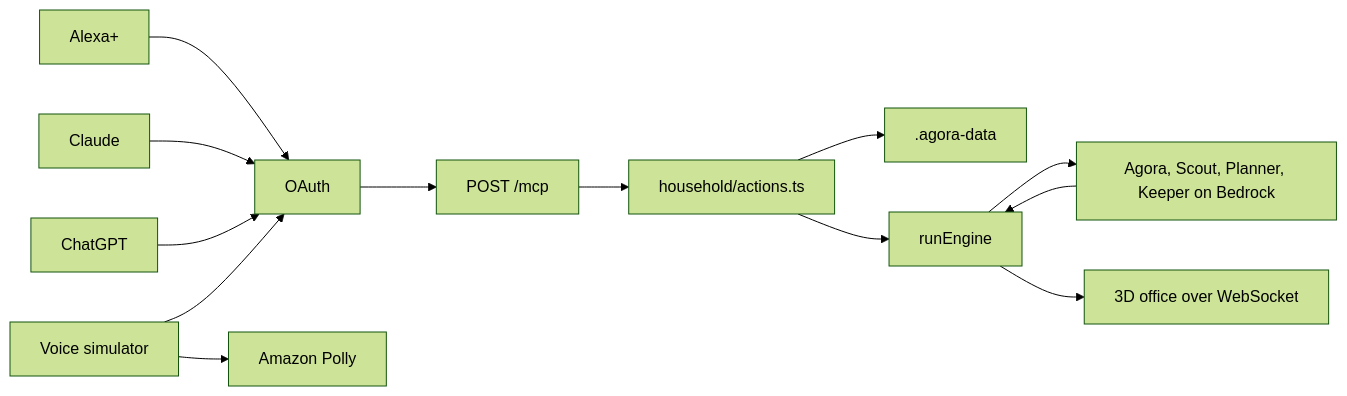
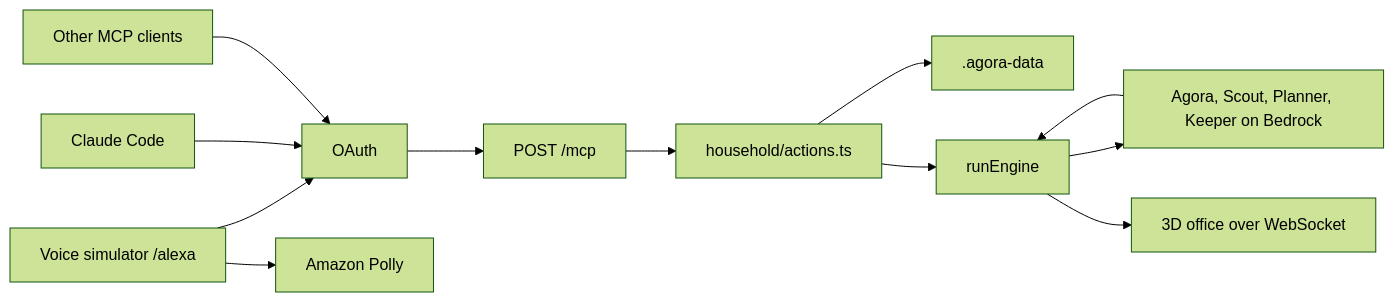
One commit to Ritesh-Root/agora-plus changed the diagram in docs/ARCHITECTURE.md. Above: the diagram before and after it, drawn with Mermaid (forest theme). The commit also changed other lines of this file and 13 other files, not shown here.

````diff
--- a/docs/ARCHITECTURE.md
+++ b/docs/ARCHITECTURE.md
@@ -5,28 +5,26 @@
 ```mermaid
 flowchart LR
-  alexa[Alexa+]
-  claude[Claude]
-  chatgpt[ChatGPT]
-  sim[Voice simulator]
+  sim[Voice simulator /alexa]
+  claudeCode[Claude Code]
+  other["Other MCP clients"]
   oauth[OAuth]
   mcp["POST /mcp"]
   actions["household/actions.ts"]
   disk[".agora-data"]
   engine[runEngine]
   team[Agora, Scout, Planner, Keeper on Bedrock]
   office[3D office over WebSocket]
   polly[Amazon Polly]
 
-  alexa --> oauth
-  claude --> oauth
-  chatgpt --> oauth
   sim --> oauth
+  claudeCode --> oauth
+  other --> oauth
   oauth --> mcp
   mcp --> actions
   actions --> disk
   actions --> engine
   engine --> team
   team --> engine
   engine --> office
   sim --> polly
 ```
````
